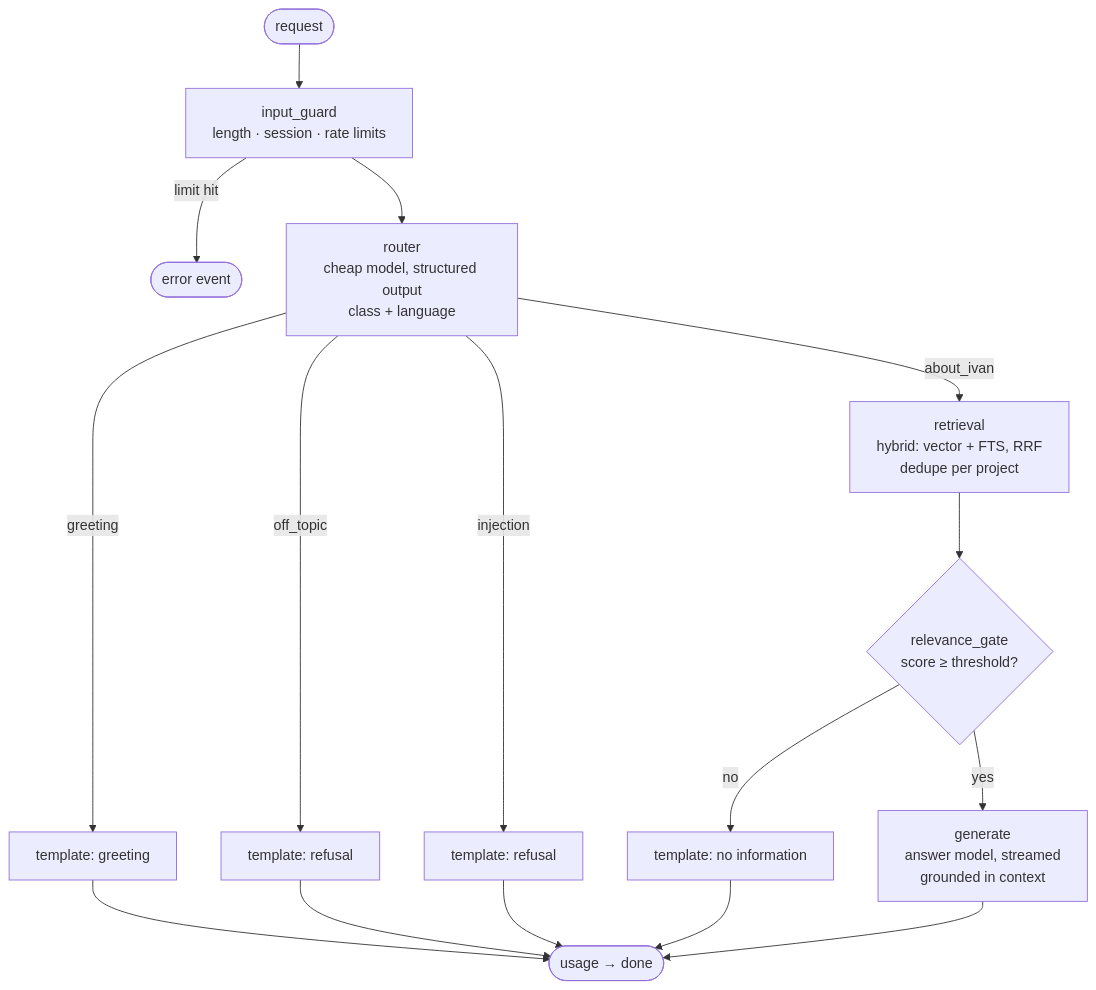
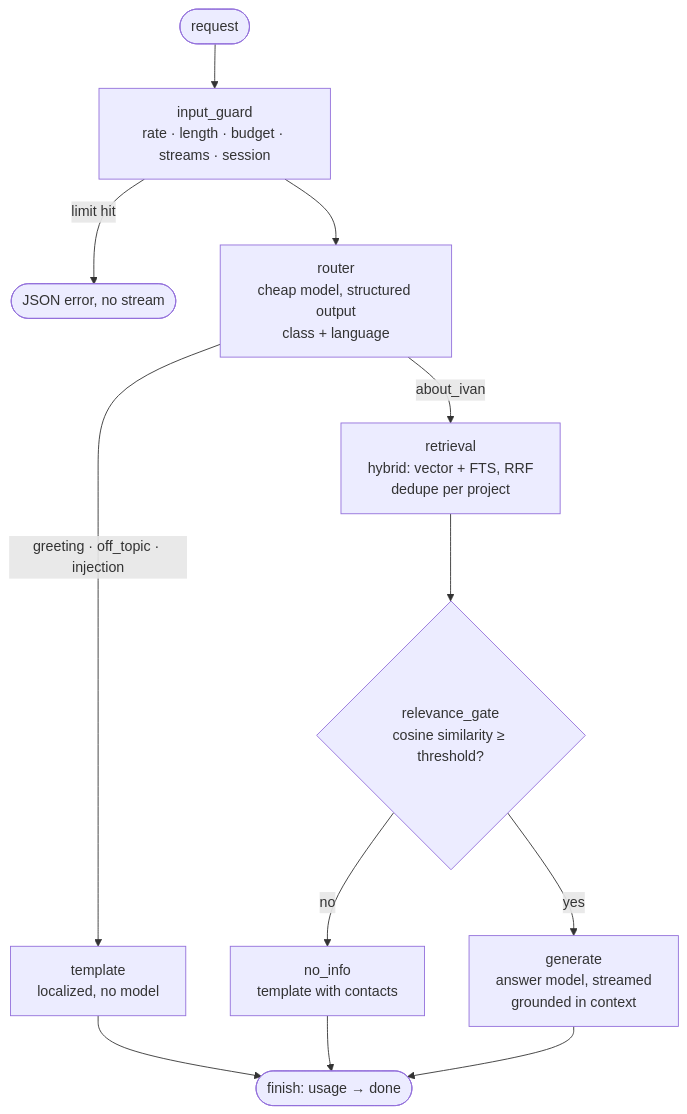
The second of 5 diagrams in docs/ARCHITECTURE.md (IvanVasiunin/ivanvasiunin-site), drawn with Mermaid before and after one commit. The commit also changed other lines of this file and 65 other files, not shown here.

First line of the commit message:
feat(api): stream chat answers from a LangGraph pipeline with limits, stats and tracing

````diff
--- a/docs/ARCHITECTURE.md
+++ b/docs/ARCHITECTURE.md
@@ -88,14 +90,12 @@
 ```mermaid
 flowchart TD
-  start([request]) --> guard[input_guard<br/>length · session · rate limits]
-  guard -->|limit hit| err([error event])
+  start([request]) --> guard[input_guard<br/>rate · length · budget · streams · session]
+  guard -->|limit hit| err([JSON error, no stream])
   guard --> router[router<br/>cheap model, structured output<br/>class + language]
-  router -->|greeting| tpl_g[template: greeting]
-  router -->|off_topic| tpl_o[template: refusal]
-  router -->|injection| tpl_i[template: refusal]
+  router -->|greeting · off_topic · injection| tpl[template<br/>localized, no model]
   router -->|about_ivan| retrieve[retrieval<br/>hybrid: vector + FTS, RRF<br/>dedupe per project]
-  retrieve --> gate{relevance_gate<br/>score ≥ threshold?}
-  gate -->|no| tpl_n[template: no information]
+  retrieve --> gate{relevance_gate<br/>cosine similarity ≥ threshold?}
+  gate -->|no| tpl_n[no_info<br/>template with contacts]
   gate -->|yes| generate[generate<br/>answer model, streamed<br/>grounded in context]
-  tpl_g & tpl_o & tpl_i & tpl_n & generate --> finish([usage → done])
+  tpl & tpl_n & generate --> finish([finish: usage → done])
 ```
````
